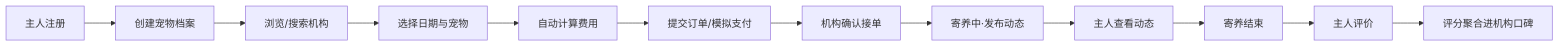
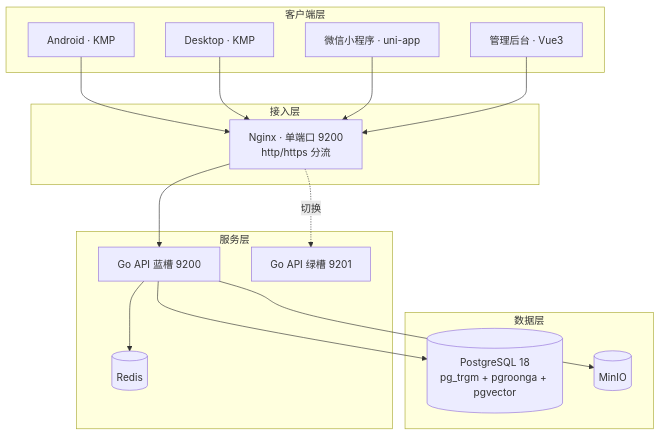
Before and after one commit to zlddba/bishe: the second of 3 diagrams in docs/项目说明.md, drawn with Mermaid. The commit also changed other lines of this file and 2 other files, not shown here.

````diff
--- a/docs/项目说明.md
+++ b/docs/项目说明.md
@@ -140,14 +259,30 @@
 ```mermaid
-flowchart LR
-    A[主人注册] --> B[创建宠物档案]
-    B --> C[浏览/搜索机构]
-    C --> D[选择日期与宠物]
-    D --> E[自动计算费用]
-    E --> F[提交订单/模拟支付]
-    F --> G[机构确认接单]
-    G --> H[寄养中·发布动态]
-    H --> I[主人查看动态]
-    I --> J[寄养结束]
-    J --> K[主人评价]
-    K --> L[评分聚合进机构口碑]
+flowchart TB
+    subgraph Client[客户端层]
+        A[Android · KMP]
+        D[Desktop · KMP]
+        M[微信小程序 · uni-app]
+        W[管理后台 · Vue3]
+    end
+    subgraph Edge[接入层]
+        N[Nginx · 单端口 9200<br/>http/https 分流]
+    end
+    subgraph App[服务层]
+        API1[Go API 蓝槽 9200]
+        API2[Go API 绿槽 9201]
+        R[(Redis)]
+    end
+    subgraph Data[数据层]
+        PG[(PostgreSQL 18<br/>pg_trgm + pgroonga + pgvector)]
+        S3[(MinIO)]
+    end
+    A --> N
+    D --> N
+    M --> N
+    W --> N
+    N --> API1
+    N -.切换.-> API2
+    API1 --> R
+    API1 --> PG
+    API1 --> S3
 ```
````
